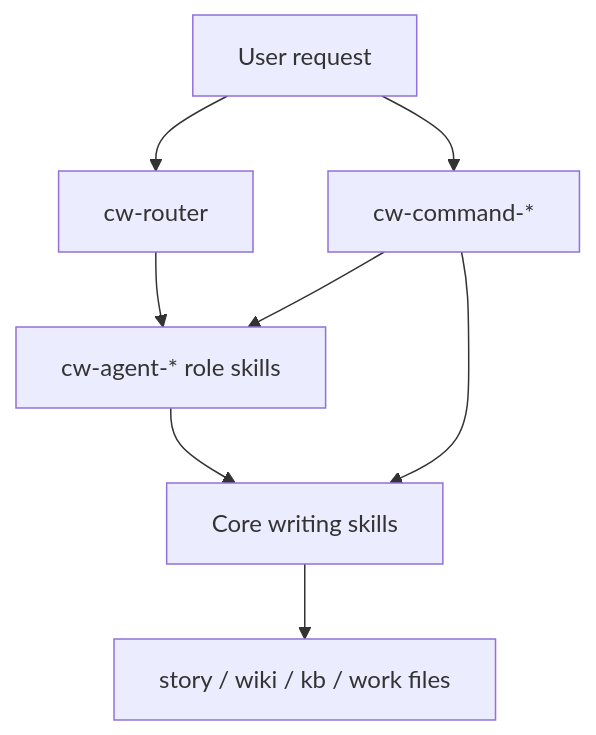
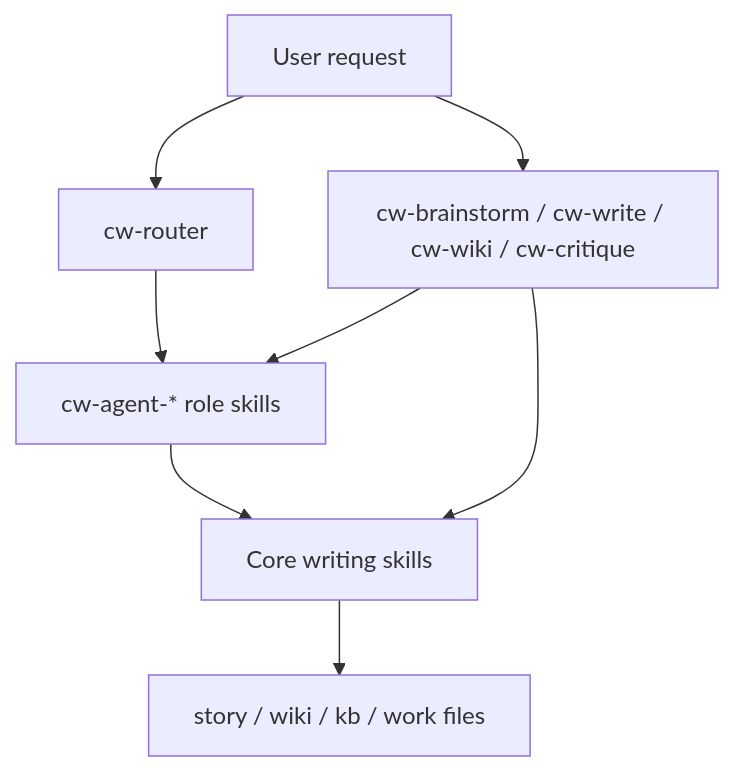
The diagram in docs/architecture.md (koko-t7i/codex-writing-skills), drawn with Mermaid before and after one commit. The commit also changed other lines of this file and 11 other files, not shown here.

Commit message:
refactor: rename writing workflows as Codex skills

````diff
--- a/docs/architecture.md
+++ b/docs/architecture.md
@@ -5,12 +5,12 @@
 ```mermaid
 flowchart TB
     User[User request] --> Router[cw-router]
-    User --> Commands[cw-command-*]
+    User --> Workflows[cw-brainstorm / cw-write / cw-wiki / cw-critique]
 
     Router --> Roles[cw-agent-* role skills]
-    Commands --> Roles
-    Commands --> Core[Core writing skills]
+    Workflows --> Roles
+    Workflows --> Core[Core writing skills]
     Roles --> Core
 
     Core --> Project[story / wiki / kb / work files]
 ```
````
